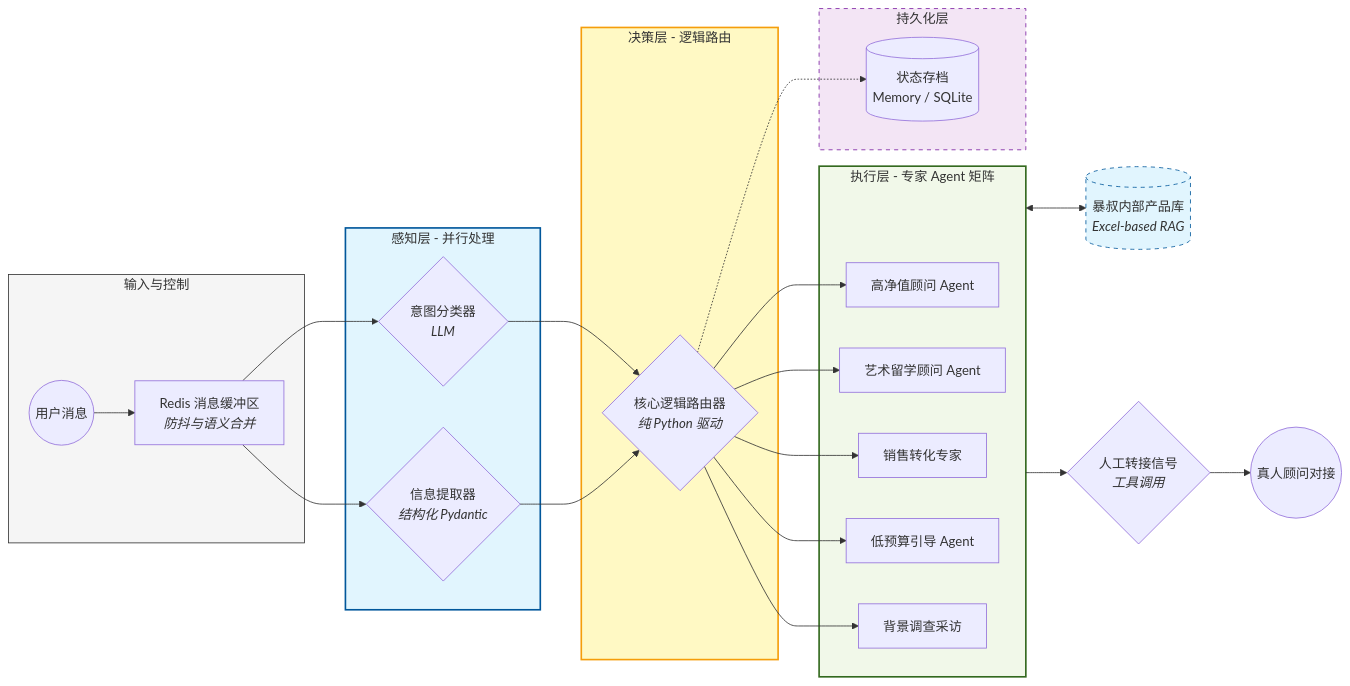
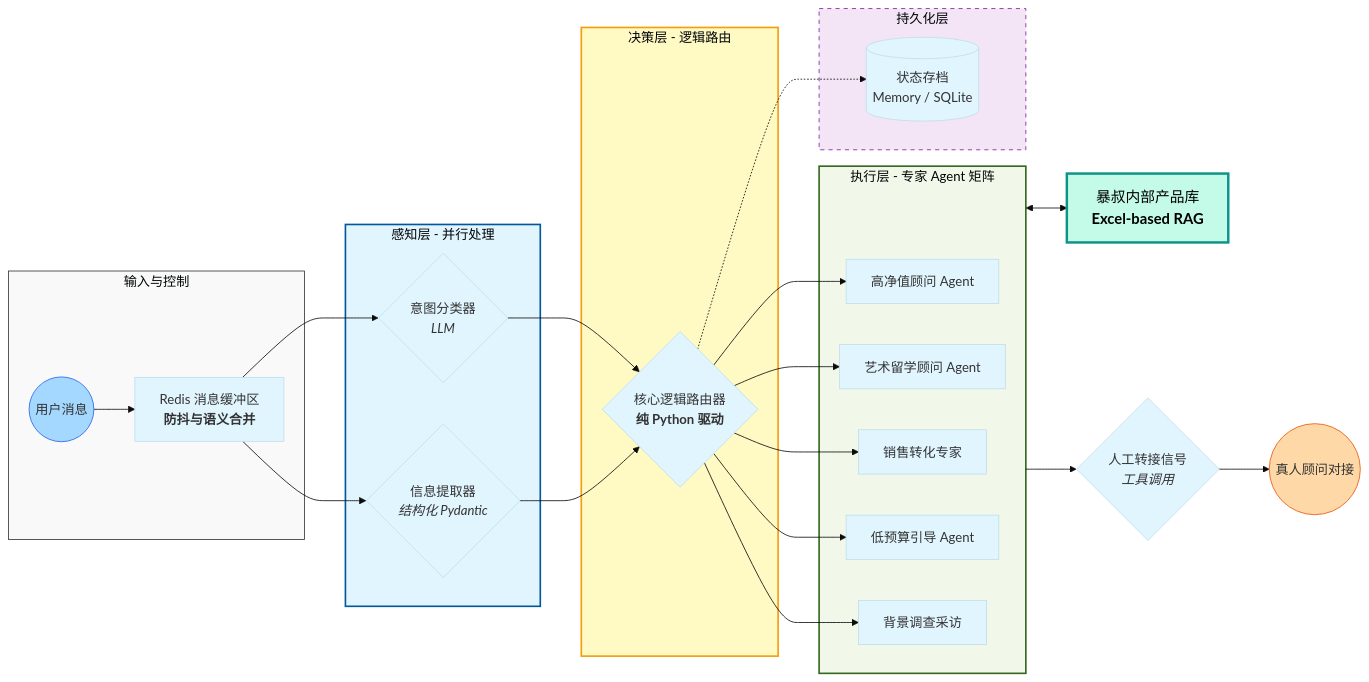
One commit to JackybigW/baoshu_ai changed the diagram in README.md. Above: the diagram before and after it, drawn with Mermaid. The commit also changed other lines of this file and 1 other file, not shown here.

Commit message:
docs: 深度优化 Mermaid 架构图视觉效果，更新 V6 版高清 Excalidraw 链接

````diff
--- a/README.md
+++ b/README.md
@@ -15,39 +15,42 @@
 ```mermaid
+%%{init: {'theme': 'base', 'themeVariables': { 'fontSize': '16px', 'primaryColor': '#e1f5fe', 'edgeLabelBackground':'#ffffff'}}}%%
 graph LR
     subgraph Input_Layer [输入与控制]
-        User((用户消息)) --> Buffer[Redis 消息缓冲区<br/><i>防抖与语义合并</i>]
+        User((用户消息)) --> Buffer[Redis 消息缓冲区<br/><b>防抖与语义合并</b>]
     end
 
     subgraph Perception_Layer [感知层 - 并行处理]
         Buffer --> Classifier{意图分类器<br/><i>LLM</i>}
         Buffer --> Extractor{信息提取器<br/><i>结构化 Pydantic</i>}
     end
 
     subgraph Decision_Layer [决策层 - 逻辑路由]
-        Classifier & Extractor --> Router{核心逻辑路由器<br/><i>纯 Python 驱动</i>}
+        Classifier & Extractor --> Router{核心逻辑路由器<br/><b>纯 Python 驱动</b>}
     end
 
     subgraph Execution_Layer [执行层 - 专家 Agent 矩阵]
         Router --> HV[高净值顾问 Agent]
         Router --> ART[艺术留学顾问 Agent]
         Router --> CS[销售转化专家]
         Router --> LB[低预算引导 Agent]
         Router --> IV[背景调查采访]
     end
 
-    Execution_Layer <--> RAG[(暴叔内部产品库<br/><i>Excel-based RAG</i>)]
+    Execution_Layer <--> RAG[暴叔内部产品库<br/><b>Excel-based RAG</b>]
     Execution_Layer --> Handoff{人工转接信号<br/><i>工具调用</i>}
     Handoff --> Agent_Assigned((真人顾问对接))
 
     subgraph Persistence [持久化层]
         Router -.-> DB[(状态存档<br/>Memory / SQLite)]
     end
 
     %% Styling
-    style Input_Layer fill:#f5f5f5,stroke:#333
+    style Input_Layer fill:#f9f9f9,stroke:#333,stroke-width:1px
     style Perception_Layer fill:#e1f5fe,stroke:#01579b,stroke-width:2px
     style Decision_Layer fill:#fff9c4,stroke:#f59e0b,stroke-width:2px
     style Execution_Layer fill:#f1f8e9,stroke:#33691e,stroke-width:2px
-    style RAG fill:#e1f5fe,stroke:#01579b,stroke-dasharray: 5 5
+    style RAG fill:#c3fae8,stroke:#0d9488,stroke-width:3px,color:#000,font-size:18px
     style Persistence fill:#f3e5f5,stroke:#7b1fa2,stroke-dasharray: 5 5
+    style User fill:#a5d8ff,stroke:#2563eb
+    style Agent_Assigned fill:#ffd8a8,stroke:#ea580c
 ```
````
